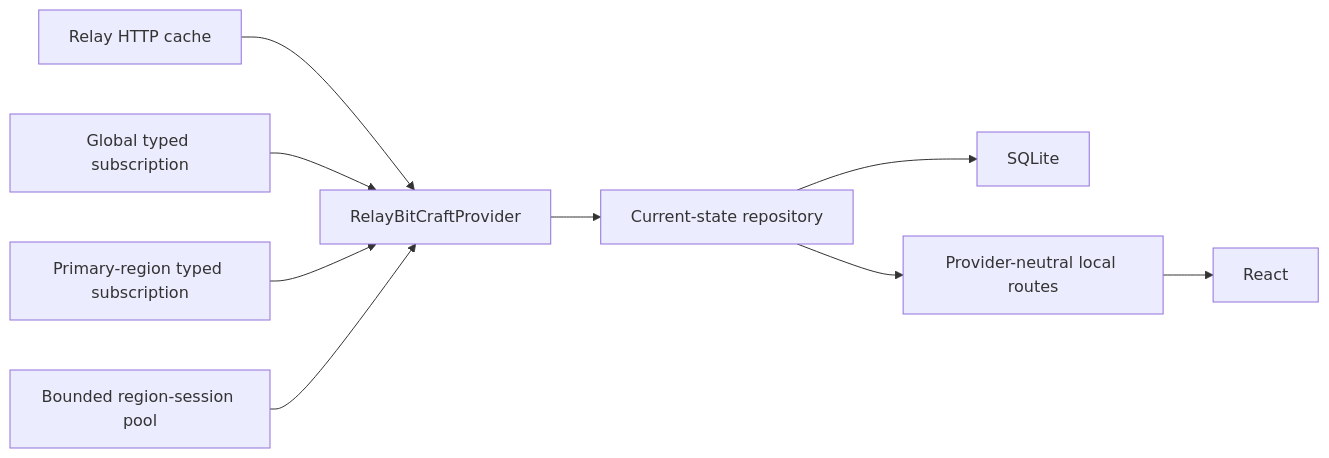
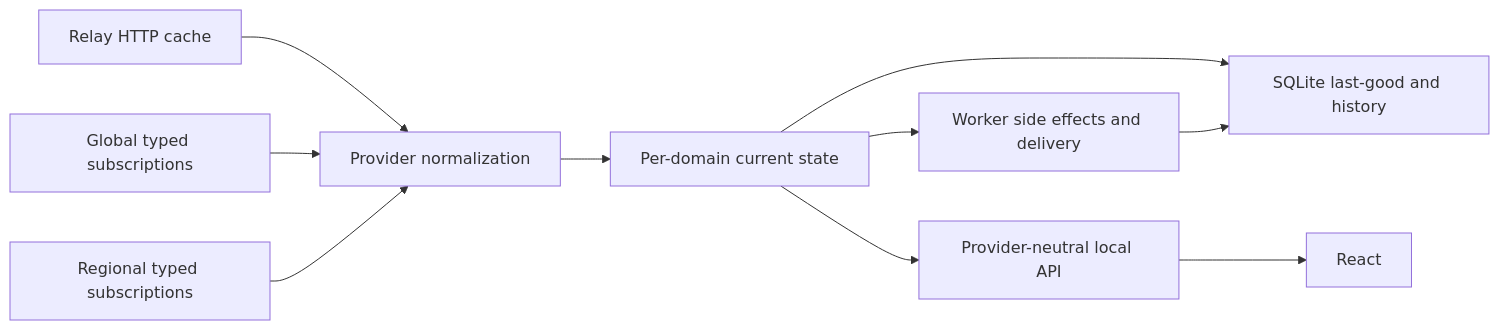
Before and after one commit to Red463/bitcraft-claim-monitor: the diagram in docs/application-overview.md, drawn with Mermaid. The commit also changed other lines of this file and 3 other files, not shown here.

````diff
--- a/docs/application-overview.md
+++ b/docs/application-overview.md
@@ -12,21 +12,22 @@
 ```mermaid
 flowchart LR
   RelayHttp["Relay HTTP cache"]
-  Global["Global typed subscription"]
-  Primary["Primary-region typed subscription"]
-  Pool["Bounded region-session pool"]
-  Provider["RelayBitCraftProvider"]
-  Repo["Current-state repository"]
-  Sqlite["SQLite"]
-  LocalApi["Provider-neutral local routes"]
+  Global["Global typed subscriptions"]
+  Regional["Regional typed subscriptions"]
+  Normalize["Provider normalization"]
+  Current["Per-domain current state"]
+  SQLite["SQLite last-good and history"]
+  Worker["Worker side effects and delivery"]
+  Api["Provider-neutral local API"]
   Browser["React"]
 
-  RelayHttp --> Provider
-  Global --> Provider
-  Primary --> Provider
-  Pool --> Provider
-  Provider --> Repo
-  Repo --> Sqlite
-  Repo --> LocalApi
-  LocalApi --> Browser
+  RelayHttp --> Normalize
+  Global --> Normalize
+  Regional --> Normalize
+  Normalize --> Current
+  Current --> SQLite
+  Current --> Api
+  Current --> Worker
+  Worker --> SQLite
+  Api --> Browser
 ```
````
